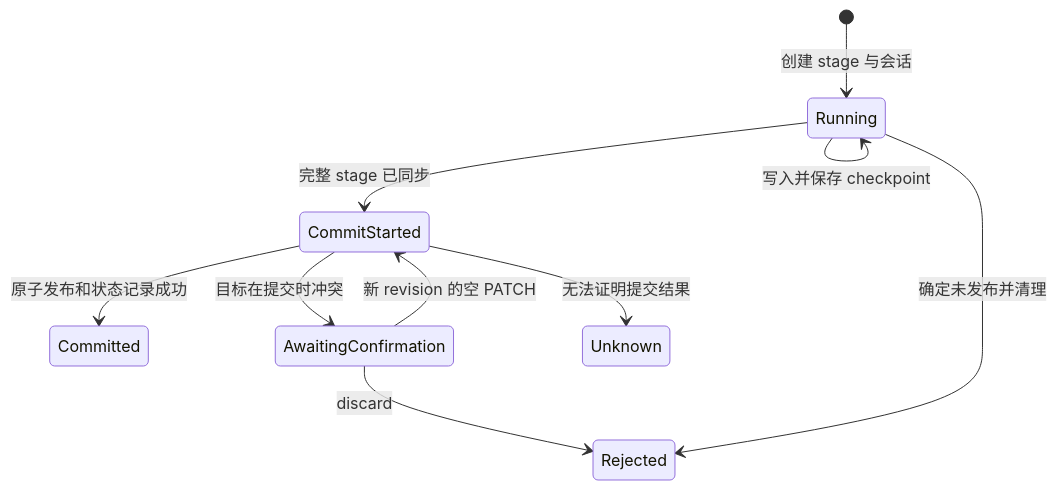
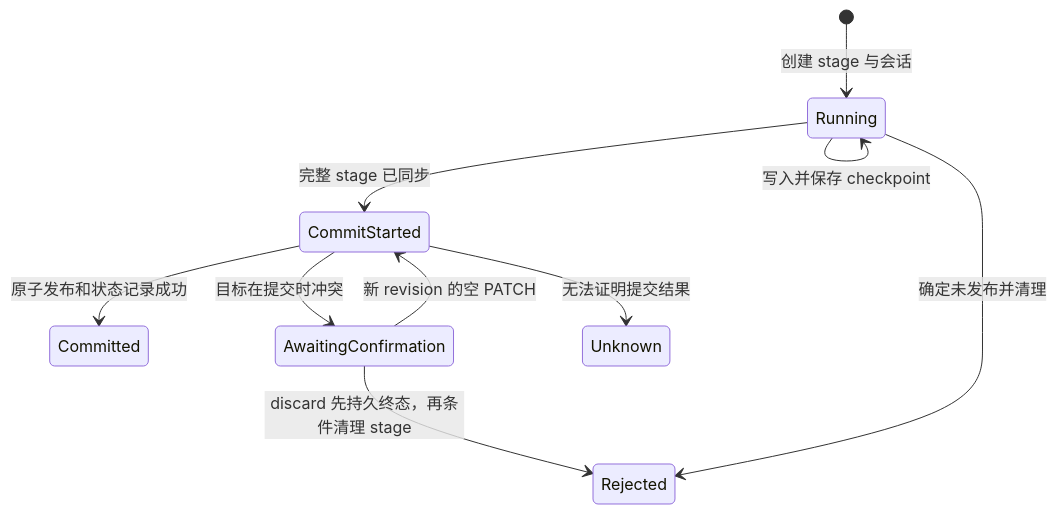
One commit to isarmg/dufs-ram changed the first of 2 diagrams in docs/beginner-guide/07-upload-protocol.md. Above: the diagram before and after it, drawn with Mermaid. The commit also changed other lines of this file and 14 other files, not shown here.

````diff
--- a/docs/beginner-guide/07-upload-protocol.md
+++ b/docs/beginner-guide/07-upload-protocol.md
@@ -117,12 +117,12 @@
 ```mermaid
 stateDiagram-v2
     [*] --> Running: 创建 stage 与会话
     Running --> Running: 写入并保存 checkpoint
     Running --> CommitStarted: 完整 stage 已同步
     CommitStarted --> Committed: 原子发布和状态记录成功
     CommitStarted --> AwaitingConfirmation: 目标在提交时冲突
     AwaitingConfirmation --> CommitStarted: 新 revision 的空 PATCH
-    AwaitingConfirmation --> Rejected: discard
+    AwaitingConfirmation --> Rejected: discard 先持久终态，再条件清理 stage
     Running --> Rejected: 确定未发布并清理
     CommitStarted --> Unknown: 无法证明提交结果
 ```
````
